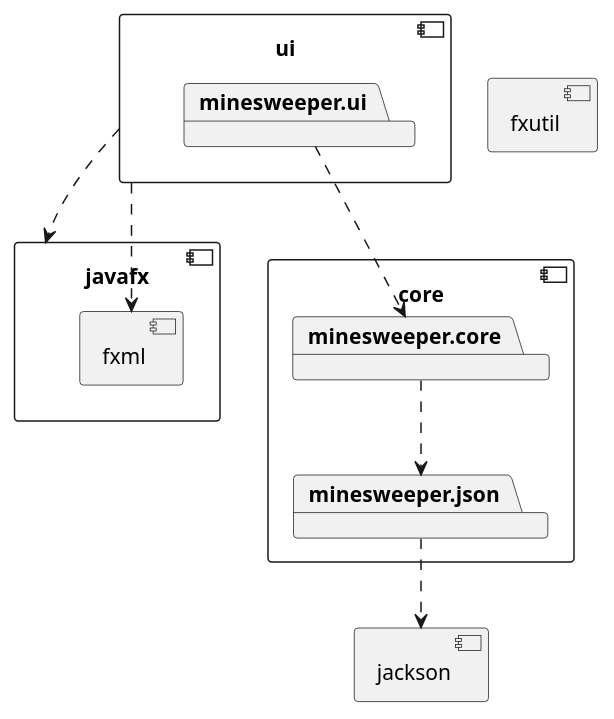
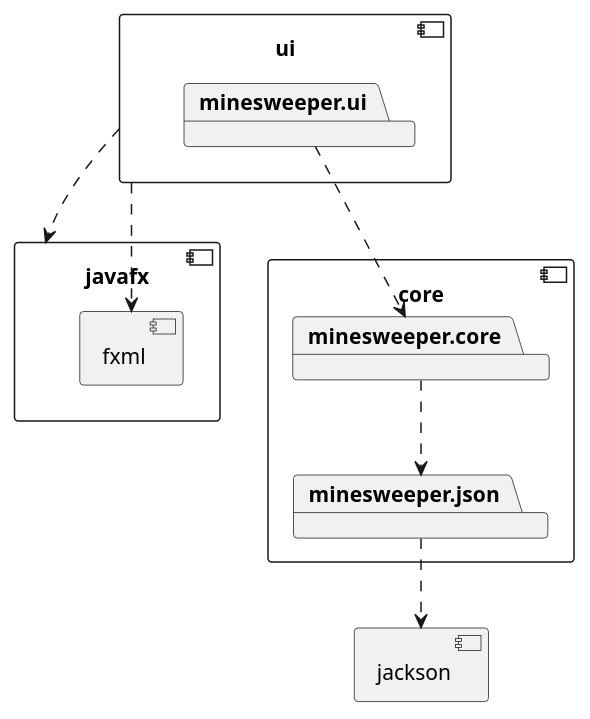
Before and after one commit to ErikMLysfjord/minesweeper: the diagram in minesweeper/architecture.puml, drawn with PlantUML.

```diff
--- a/minesweeper/architecture.puml
+++ b/minesweeper/architecture.puml
@@ -1,31 +1,29 @@
 @startuml minesweeper
 
 component core {
-  package minesweeper.core
-  package minesweeper.json
+	package minesweeper.core
+  	package minesweeper.json
 }
 
 minesweeper.core ..> minesweeper.json
 component jackson {
 }
 
 minesweeper.json ..> jackson
 
-component fxutil {
-}
 
 component ui {
 	package minesweeper.ui
 }
 
 minesweeper.ui ..> minesweeper.core
 
 component javafx {
 	component fxml {
 	}
 }
 
 ui ..> javafx
 ui ..> fxml
 
 @enduml
```
